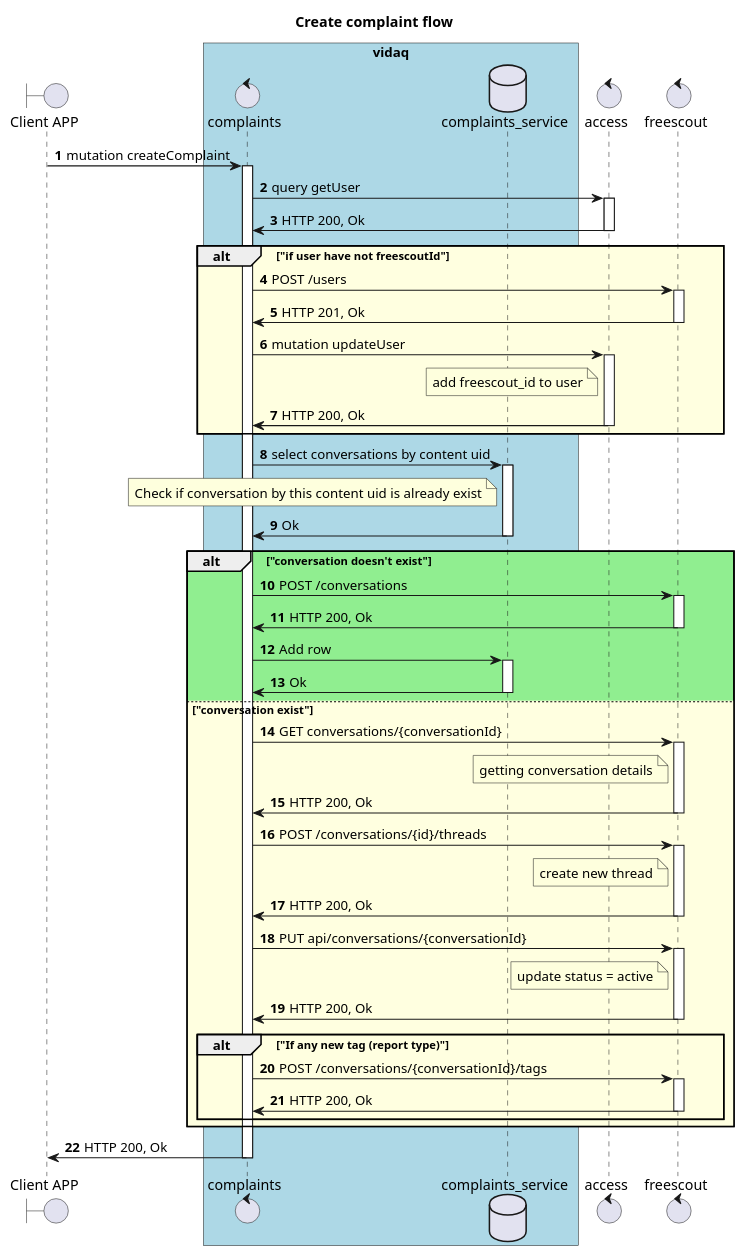
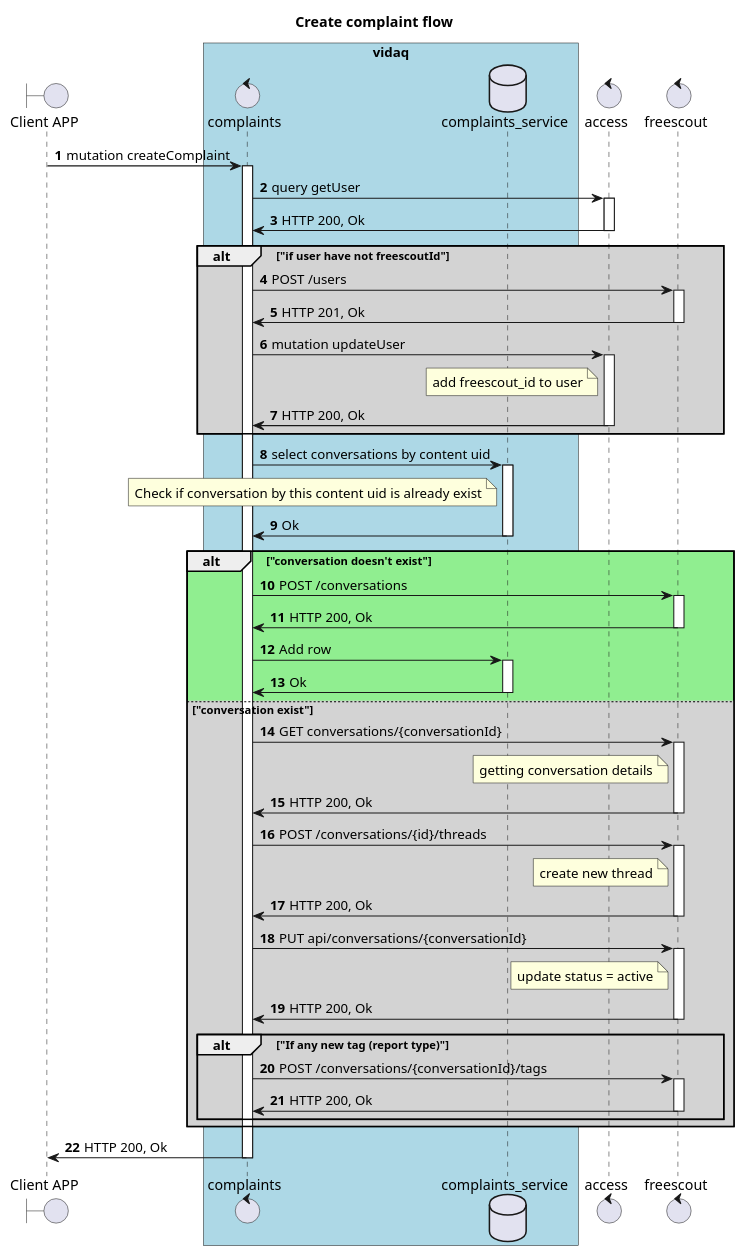
The diagram in schemas/createComplaint.puml (algruwork/work), drawn with PlantUML before and after one commit.

Commit message:
create complaint flow (api) - add fixes part 2

```diff
--- a/schemas/createComplaint.puml
+++ b/schemas/createComplaint.puml
@@ -1,91 +1,91 @@
 @startuml
 
 title "Create complaint flow"
 
 
 boundary "Client APP" as GUI
 box "vidaq" #LightBlue
 control "complaints" as C
 database "complaints_service" as CS
 end box
 control "access" as A
 control "freescout" as F
 
 autonumber
 
 GUI -> C: mutation createComplaint
 activate C
 C -> A: query getUser
 activate A
 A -> C: HTTP 200, Ok
 deactivate A
 
-alt #LightYellow "if user have not freescoutId"
+alt #LightGrey "if user have not freescoutId"
 C -> F: POST /users
 activate F
 F -> C: HTTP 201, Ok
 deactivate F
 C -> A: mutation updateUser
 activate A
 note left A
 add freescout_id to user
 end note
 A -> C: HTTP 200, Ok
 deactivate A
 end
 
 C -> CS: select conversations by content uid
 activate CS
 note left CS
 Check if conversation by this content uid is already exist
 end note
 CS -> C: Ok
 deactivate CS
 
 
 
 alt #LightGreen "conversation doesn't exist"
 C -> F: POST /conversations
 activate F
 F -> C: HTTP 200, Ok
 deactivate F
 C -> CS: Add row
 activate CS
 CS -> C: Ok
 deactivate CS
-else #LightYellow "conversation exist"
+else #LightGrey "conversation exist"
 C -> F: GET conversations/{conversationId}
 activate F
 note left F
 getting conversation details
 end note
 F -> C: HTTP 200, Ok
 deactivate F
 C -> F: POST /conversations/{id}/threads
 activate F
 note left F
 create new thread
 end note
 F -> C: HTTP 200, Ok
 deactivate F
 
 C -> F: PUT api/conversations/{conversationId}
 activate F
 note left F
 update status = active
 end note
 F -> C: HTTP 200, Ok
 deactivate F
 
 alt "If any new tag (report type)"
 C -> F: POST /conversations/{conversationId}/tags
 activate F
 F -> C: HTTP 200, Ok
 deactivate F
 end
 end
 
 C -> GUI: HTTP 200, Ok
 deactivate C
 
 @enduml
```
